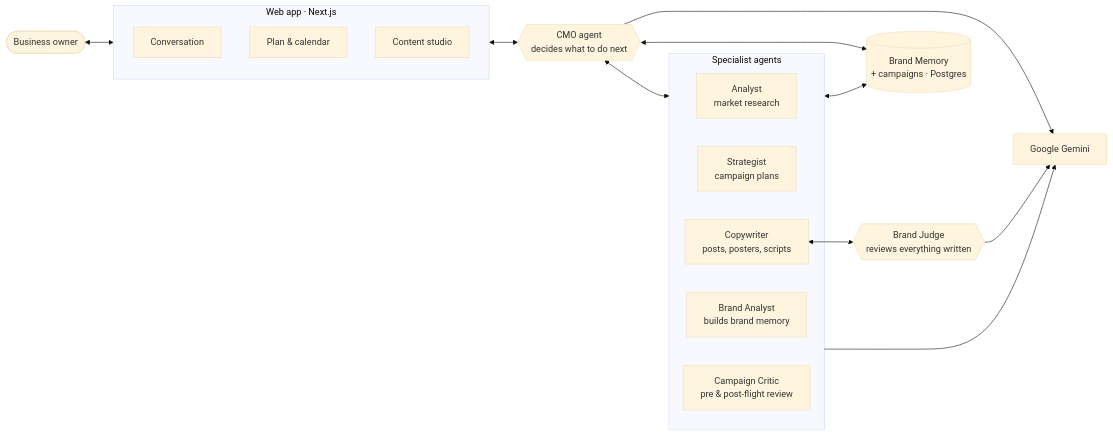
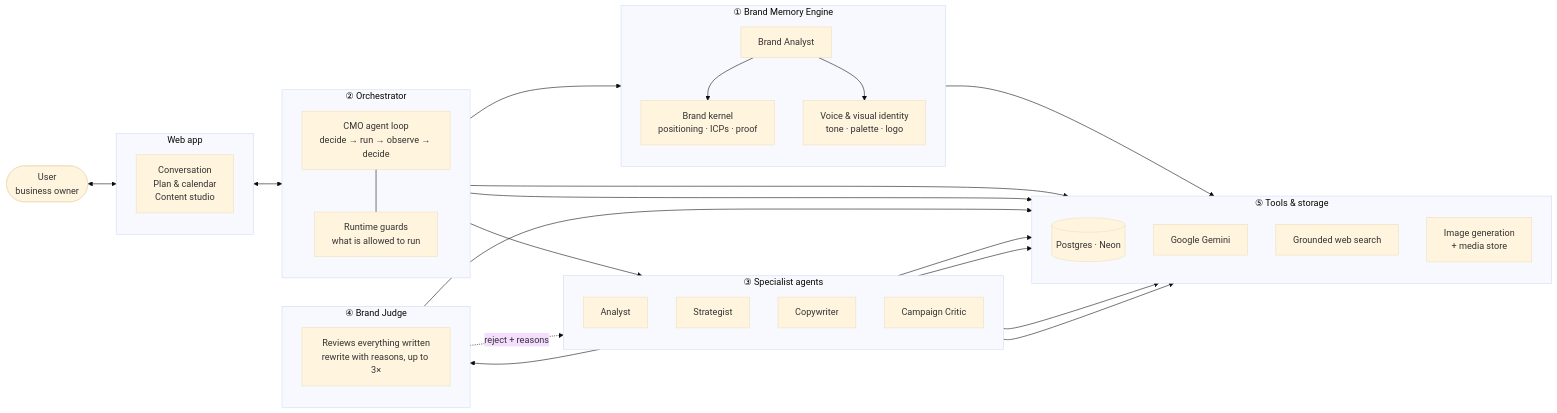
One commit to VishnuRam04/YEI-CMO changed the diagram in docs/ARCHITECTURE.md. Above: the diagram before and after it, drawn with Mermaid (base theme). The commit also changed other lines of this file, not shown here.

Commit message:
docs: restructure the architecture diagram to the deck's layout
Follow the reference slide: user on the left, flowing left to right through
numbered blocks into a tools and storage column, with an L1/L2/L3 layer table
standing in for the slide's side panel.

Five numbered components rather than a flat box-and-arrow sketch: Brand Memory
Engine, Orchestrator, Specialist agents, Brand Judge, Tools and storage.

````diff
--- a/docs/ARCHITECTURE.md
+++ b/docs/ARCHITECTURE.md
@@ -11,32 +11,58 @@
 ```mermaid
 flowchart LR
-    User([Business owner])
+    USER([User<br/>business owner])
 
-    subgraph App["Web app · Next.js"]
-        Chat["Conversation"]
-        Plan["Plan & calendar"]
-        Studio["Content studio"]
+    subgraph FE["Web app"]
+        direction TB
+        UI["Conversation<br/>Plan &amp; calendar<br/>Content studio"]
     end
 
-    CMO{{"CMO agent<br/>decides what to do next"}}
-
-    subgraph Team["Specialist agents"]
-        Analyst["Analyst<br/>market research"]
-        Strategist["Strategist<br/>campaign plans"]
-        Copywriter["Copywriter<br/>posts, posters, scripts"]
-        BrandAnalyst["Brand Analyst<br/>builds brand memory"]
-        Critic["Campaign Critic<br/>pre & post-flight review"]
+    subgraph B1["① Brand Memory Engine"]
+        direction TB
+        BA["Brand Analyst"]
+        Kernel["Brand kernel<br/>positioning · ICPs · proof"]
+        Voice["Voice &amp; visual identity<br/>tone · palette · logo"]
+        BA --> Kernel & Voice
     end
 
-    Judge{{"Brand Judge<br/>reviews everything written"}}
-    Memory[("Brand Memory<br/>+ campaigns · Postgres")]
-    LLM["Google Gemini"]
+    subgraph B2["② Orchestrator"]
+        direction TB
+        Loop["CMO agent loop<br/>decide → run → observe → decide"]
+        Guards["Runtime guards<br/>what is allowed to run"]
+        Loop --- Guards
+    end
 
-    User <--> App
-    App <--> CMO
-    CMO <--> Team
-    Copywriter <--> Judge
-    Team <--> Memory
-    CMO <--> Memory
-    Team & CMO & Judge --> LLM
+    subgraph B3["③ Specialist agents"]
+        direction TB
+        An["Analyst"]
+        St["Strategist"]
+        Cw["Copywriter"]
+        Cc["Campaign Critic"]
+    end
+
+    subgraph B4["④ Brand Judge"]
+        direction TB
+        Jd["Reviews everything written<br/>rewrite with reasons, up to 3×"]
+    end
+
+    subgraph B5["⑤ Tools &amp; storage"]
+        direction TB
+        DB[("Postgres · Neon")]
+        Gem["Google Gemini"]
+        Search["Grounded web search"]
+        Media["Image generation<br/>+ media store"]
+    end
+
+    USER <--> FE
+    FE <--> B2
+    B2 --> B3
+    B2 --> B1
+    Cw --> B4
+    B4 -. reject + reasons .-> Cw
+    B1 --> DB
+    B3 --> DB
+    B2 --> DB
+    An --> Search
+    Cw --> Media
+    B2 & B3 & B4 --> Gem
 ```
````
